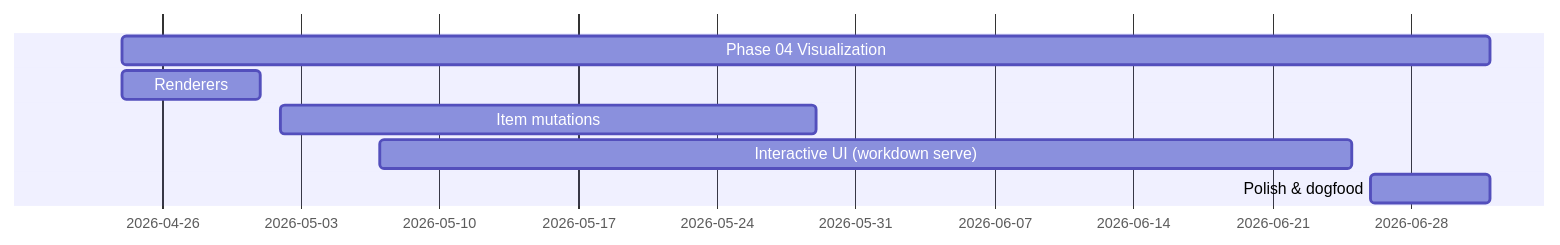
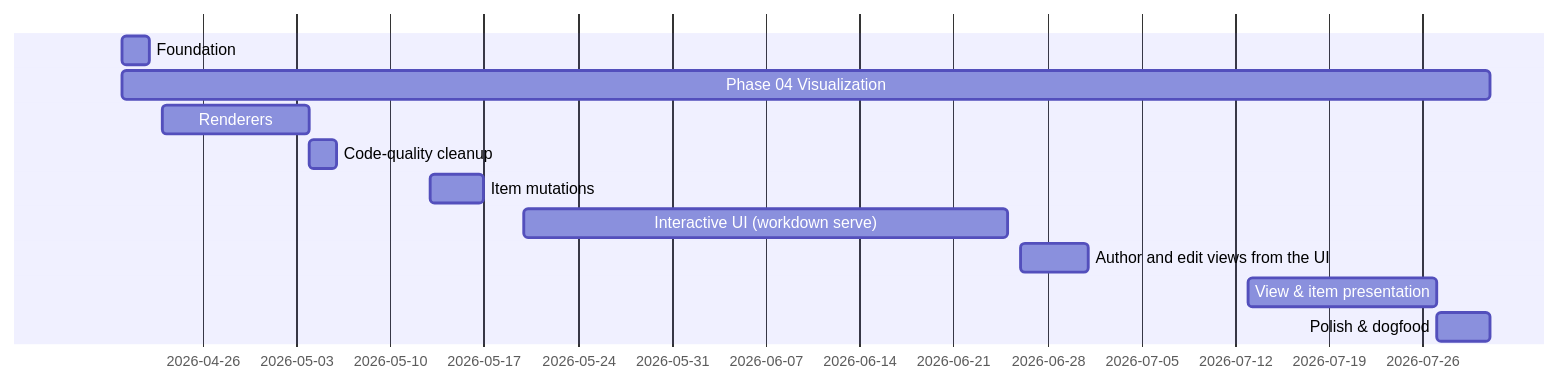
Before and after one commit to jasdefer/Workdown: the diagram in views/roadmap-by-initiative.md, drawn with Mermaid. The commit also changed other lines of this file and 131 other files, not shown here.

First line of the commit message:
View presentation (#43)

````diff
--- a/views/roadmap-by-initiative.md
+++ b/views/roadmap-by-initiative.md
@@ -7,9 +7,13 @@
 ```mermaid
 gantt
     dateFormat YYYY-MM-DD
-    Phase 04 Visualization :phase-04-visualization, 2026-04-24, 2026-07-02
-    Renderers :renderers, 2026-04-24, 2026-05-01
-    Item mutations :item-mutations, 2026-05-02, 2026-05-29
-    Interactive UI (workdown serve) :server, 2026-05-07, 2026-06-25
-    Polish & dogfood :polish, 2026-06-26, 2026-07-02
+    Foundation :foundation, 2026-04-20, 2026-04-22
+    Phase 04 Visualization :phase-04-visualization, 2026-04-20, 2026-07-31
+    Renderers :renderers, 2026-04-23, 2026-05-04
+    Code-quality cleanup :code-quality, 2026-05-04, 2026-05-06
+    Item mutations :item-mutations, 2026-05-13, 2026-05-17
+    Interactive UI (workdown serve) :server, 2026-05-20, 2026-06-25
+    Author and edit views from the UI :view-authoring, 2026-06-26, 2026-07-01
+    View & item presentation :view-presentation, 2026-07-13, 2026-07-27
+    Polish & dogfood :polish, 2026-07-27, 2026-07-31
 ```
````
